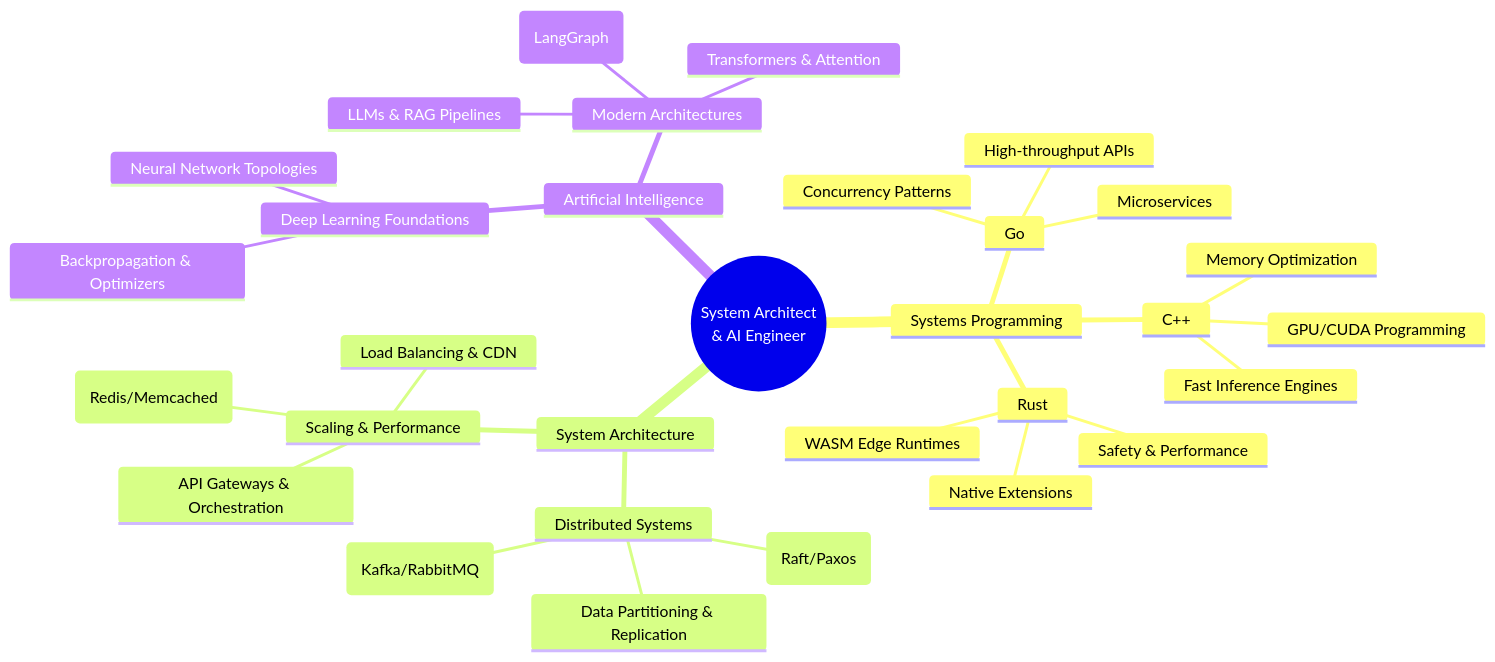
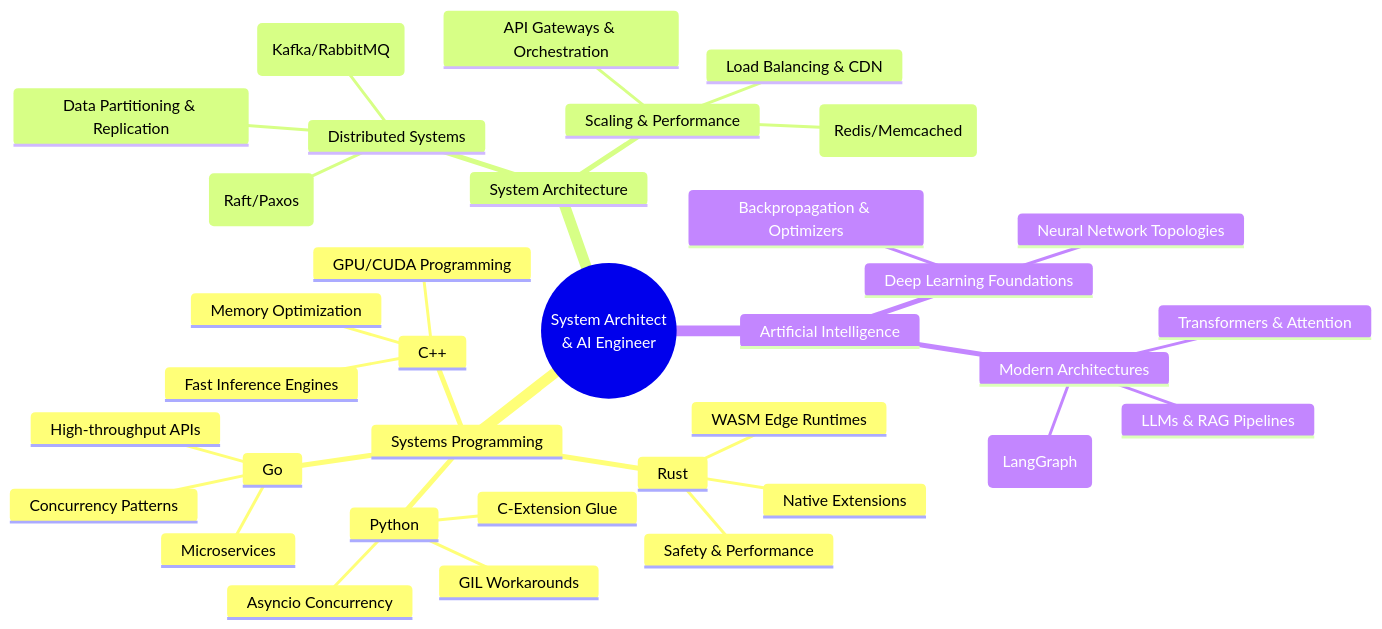
The diagram in README.md (dev-shridhar/architect-of-intelligence), drawn with Mermaid before and after one commit. The commit also changed other lines of this file and 7 other files, not shown here.

Commit message:
Add Python programming guide, Multi-Agent System Design article, and READMEs to all subdirectories

````diff
--- a/README.md
+++ b/README.md
@@ -11,34 +11,38 @@
 ```mermaid
 mindmap
   root((System Architect<br>& AI Engineer))
     Systems Programming
+      Python
+        Asyncio Concurrency
+        GIL Workarounds
+        C-Extension Glue
       Go
         Concurrency Patterns
         Microservices
         High-throughput APIs
       C++
         Memory Optimization
         GPU/CUDA Programming
         Fast Inference Engines
       Rust
         Safety & Performance
         WASM Edge Runtimes
         Native Extensions
     System Architecture
       Distributed Systems
         Consensus (Raft/Paxos)
         Data Partitioning & Replication
         Message Brokers (Kafka/RabbitMQ)
       Scaling & Performance
         Caching (Redis/Memcached)
         Load Balancing & CDN
         API Gateways & Orchestration
     Artificial Intelligence
       Deep Learning Foundations
         Backpropagation & Optimizers
         Neural Network Topologies
       Modern Architectures
         Transformers & Attention
         LLMs & RAG Pipelines
-        Agentic Workflows (LangGraph)
+        Multi-Agent Designs (LangGraph)
 ```
````
